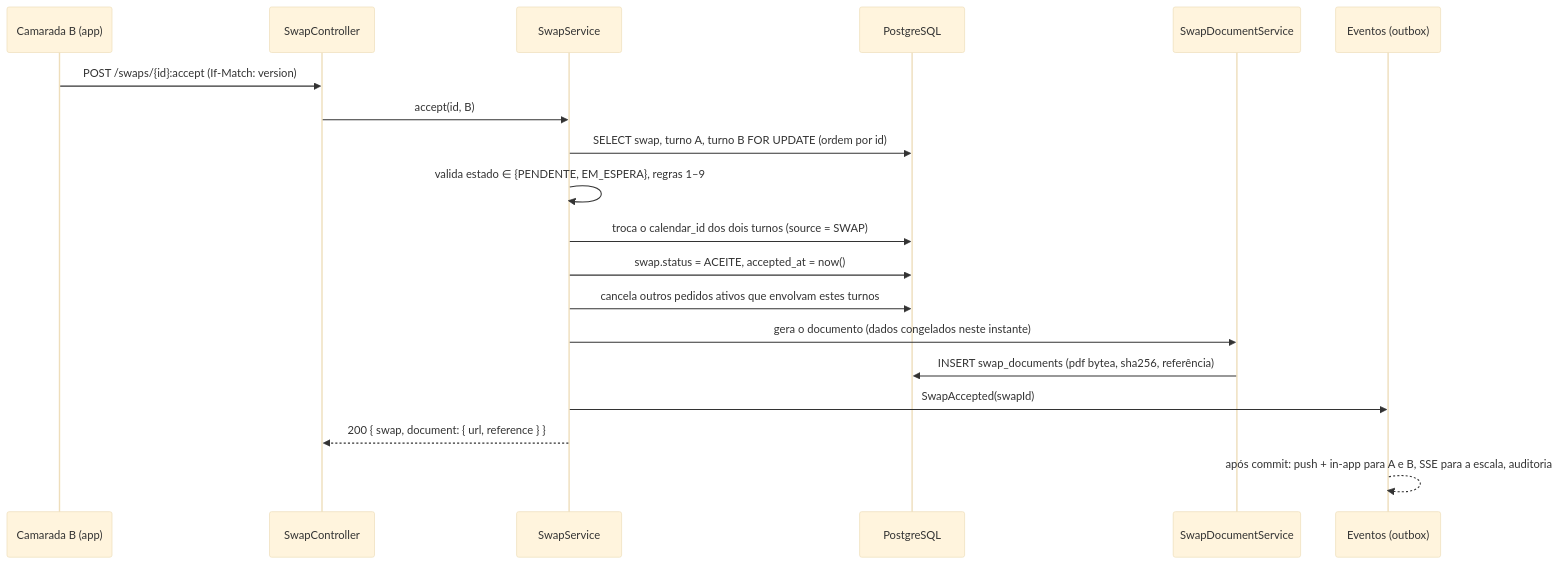
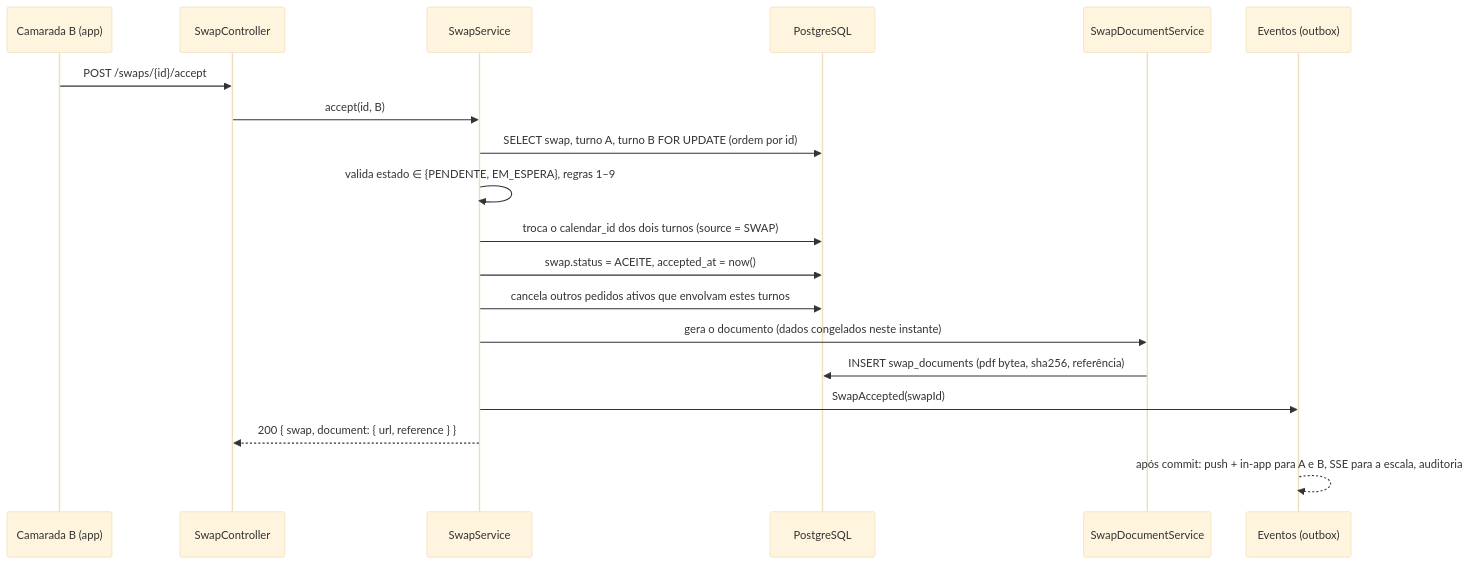
Before and after one commit to joaaoazul/escalasPT: the second of 2 diagrams in docs/turnos/09-trocas-gnr.md, drawn with Mermaid (base theme). The commit also changed other lines of this file and 4 other files, not shown here.

````diff
--- a/docs/turnos/09-trocas-gnr.md
+++ b/docs/turnos/09-trocas-gnr.md
@@ -177,22 +177,22 @@
 ```mermaid
 sequenceDiagram
     participant B as Camarada B (app)
     participant API as SwapController
     participant S as SwapService
     participant DB as PostgreSQL
     participant PDF as SwapDocumentService
     participant EV as Eventos (outbox)
 
-    B->>API: POST /swaps/{id}:accept  (If-Match: version)
+    B->>API: POST /swaps/{id}/accept
     API->>S: accept(id, B)
     S->>DB: SELECT swap, turno A, turno B FOR UPDATE (ordem por id)
     S->>S: valida estado ∈ {PENDENTE, EM_ESPERA}, regras 1–9
     S->>DB: troca o calendar_id dos dois turnos (source = SWAP)
     S->>DB: swap.status = ACEITE, accepted_at = now()
     S->>DB: cancela outros pedidos ativos que envolvam estes turnos
     S->>PDF: gera o documento (dados congelados neste instante)
     PDF->>DB: INSERT swap_documents (pdf bytea, sha256, referência)
     S->>EV: SwapAccepted(swapId)
     S-->>API: 200 { swap, document: { url, reference } }
     EV-->>EV: após commit: push + in-app para A e B, SSE para a escala, auditoria
 ```
````
